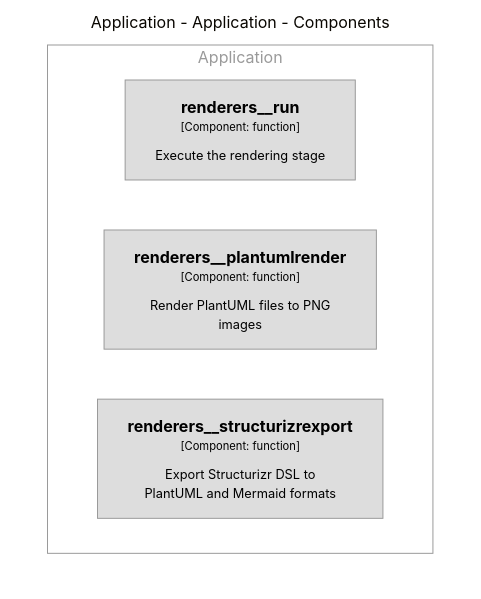
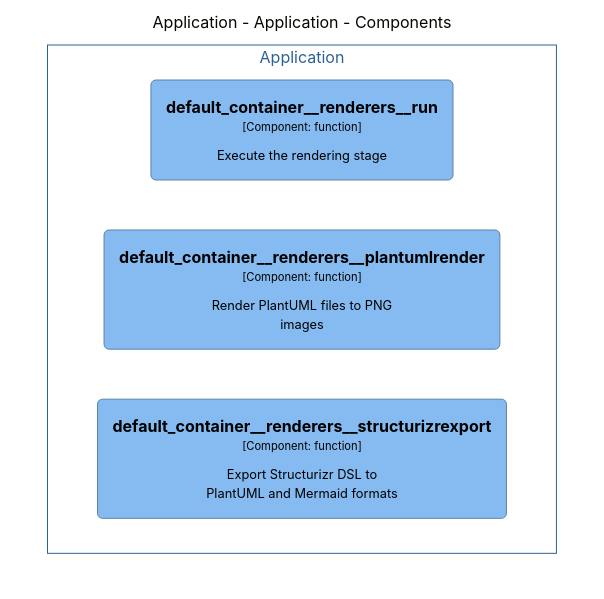
One commit to chrislyons-dev/archlette changed the diagram in docs/architecture/diagrams/mermaid/structurizr-Classes_default_container__renderers.mmd. Above: the diagram before and after it, drawn with Mermaid (base theme). The commit also changed 187 other files, not shown here.

```diff
--- a/docs/architecture/diagrams/mermaid/structurizr-Classes_default_container__renderers.mmd
+++ b/docs/architecture/diagrams/mermaid/structurizr-Classes_default_container__renderers.mmd
@@ -1,18 +1,18 @@
 graph TB
   linkStyle default fill:#ffffff
 
   subgraph diagram ["Application - Application - Components"]
     style diagram fill:#ffffff,stroke:#ffffff
 
     subgraph 8 ["Application"]
-      style 8 fill:#ffffff,stroke:#9a9a9a,color:#9a9a9a
+      style 8 fill:#ffffff,stroke:#2e6295,color:#2e6295
 
-      28["<div style='font-weight: bold'>renderers__run</div><div style='font-size: 70%; margin-top: 0px'>[Component: function]</div><div style='font-size: 80%; margin-top:10px'>Execute the rendering stage</div>"]
-      style 28 fill:#dddddd,stroke:#9a9a9a,color:#000000
-      76["<div style='font-weight: bold'>renderers__plantumlrender</div><div style='font-size: 70%; margin-top: 0px'>[Component: function]</div><div style='font-size: 80%; margin-top:10px'>Render PlantUML files to PNG<br />images</div>"]
-      style 76 fill:#dddddd,stroke:#9a9a9a,color:#000000
-      77["<div style='font-weight: bold'>renderers__structurizrexport</div><div style='font-size: 70%; margin-top: 0px'>[Component: function]</div><div style='font-size: 80%; margin-top:10px'>Export Structurizr DSL to<br />PlantUML and Mermaid formats</div>"]
-      style 77 fill:#dddddd,stroke:#9a9a9a,color:#000000
+      33("<div style='font-weight: bold'>default_container__renderers__run</div><div style='font-size: 70%; margin-top: 0px'>[Component: function]</div><div style='font-size: 80%; margin-top:10px'>Execute the rendering stage</div>")
+      style 33 fill:#85bbf0,stroke:#5d82a8,color:#000000
+      95("<div style='font-weight: bold'>default_container__renderers__plantumlrender</div><div style='font-size: 70%; margin-top: 0px'>[Component: function]</div><div style='font-size: 80%; margin-top:10px'>Render PlantUML files to PNG<br />images</div>")
+      style 95 fill:#85bbf0,stroke:#5d82a8,color:#000000
+      96("<div style='font-weight: bold'>default_container__renderers__structurizrexport</div><div style='font-size: 70%; margin-top: 0px'>[Component: function]</div><div style='font-size: 80%; margin-top:10px'>Export Structurizr DSL to<br />PlantUML and Mermaid formats</div>")
+      style 96 fill:#85bbf0,stroke:#5d82a8,color:#000000
     end
 
   end
```
